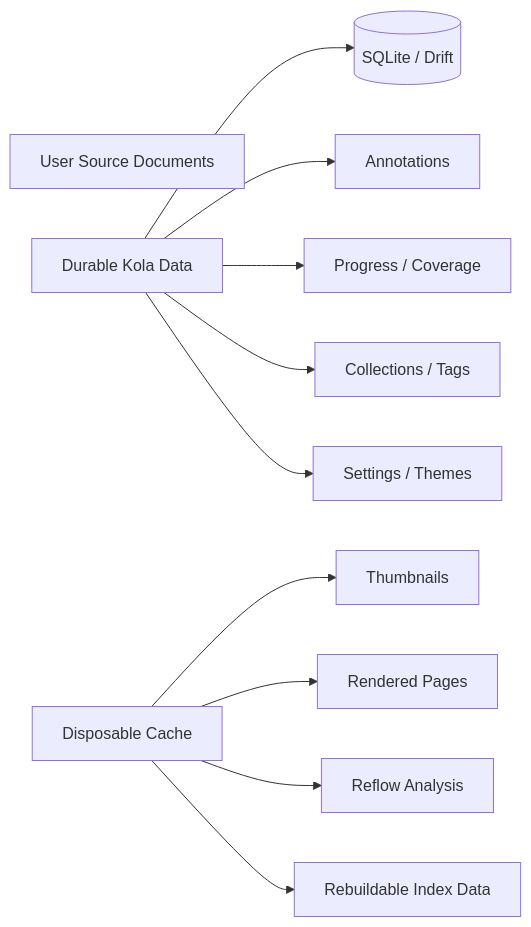
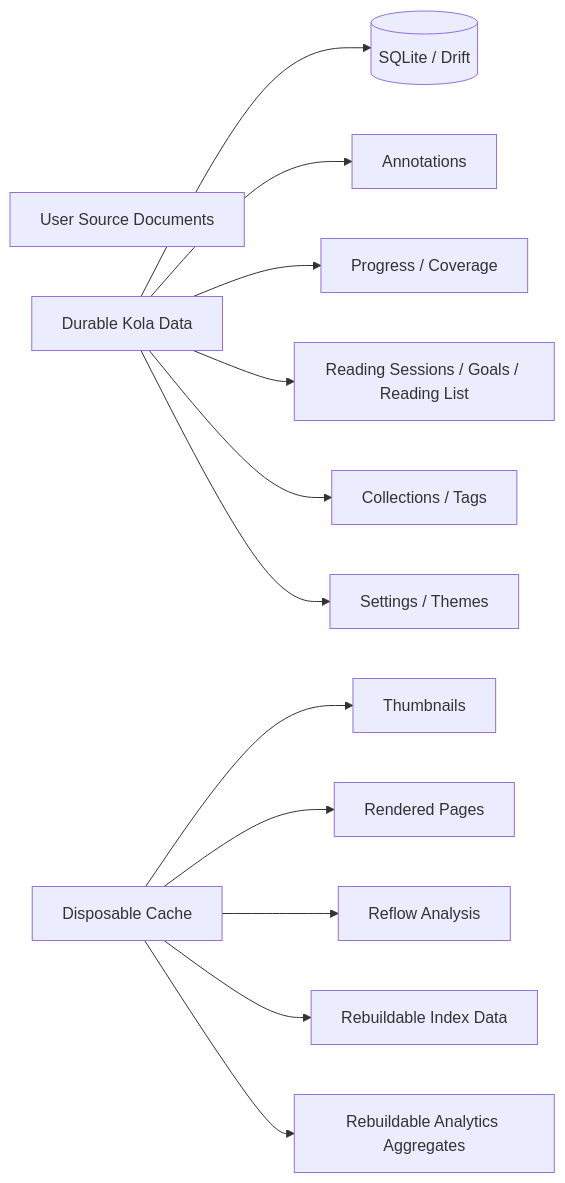
Before and after one commit to aaditya140103/kola: diagram 12 of 17 in docs/PROJECT_GRAPH.md, drawn with Mermaid. The commit also changed other lines of this file, not shown here.

Commit message:
Add reading intelligence and reading list flows

````diff
--- a/docs/PROJECT_GRAPH.md
+++ b/docs/PROJECT_GRAPH.md
@@ -202,17 +271,19 @@
 ```mermaid
 flowchart LR
     Source[User Source Documents]
     Durable[Durable Kola Data]
     Cache[Disposable Cache]
 
     Durable --> DB[(SQLite / Drift)]
     Durable --> A[Annotations]
     Durable --> P[Progress / Coverage]
+    Durable --> R[Reading Sessions / Goals / Reading List]
     Durable --> C[Collections / Tags]
     Durable --> T[Settings / Themes]
 
     Cache --> Thumbs[Thumbnails]
     Cache --> Raster[Rendered Pages]
     Cache --> Reflow[Reflow Analysis]
     Cache --> Index[Rebuildable Index Data]
+    Cache --> Analytics[Rebuildable Analytics Aggregates]
 ```
````
